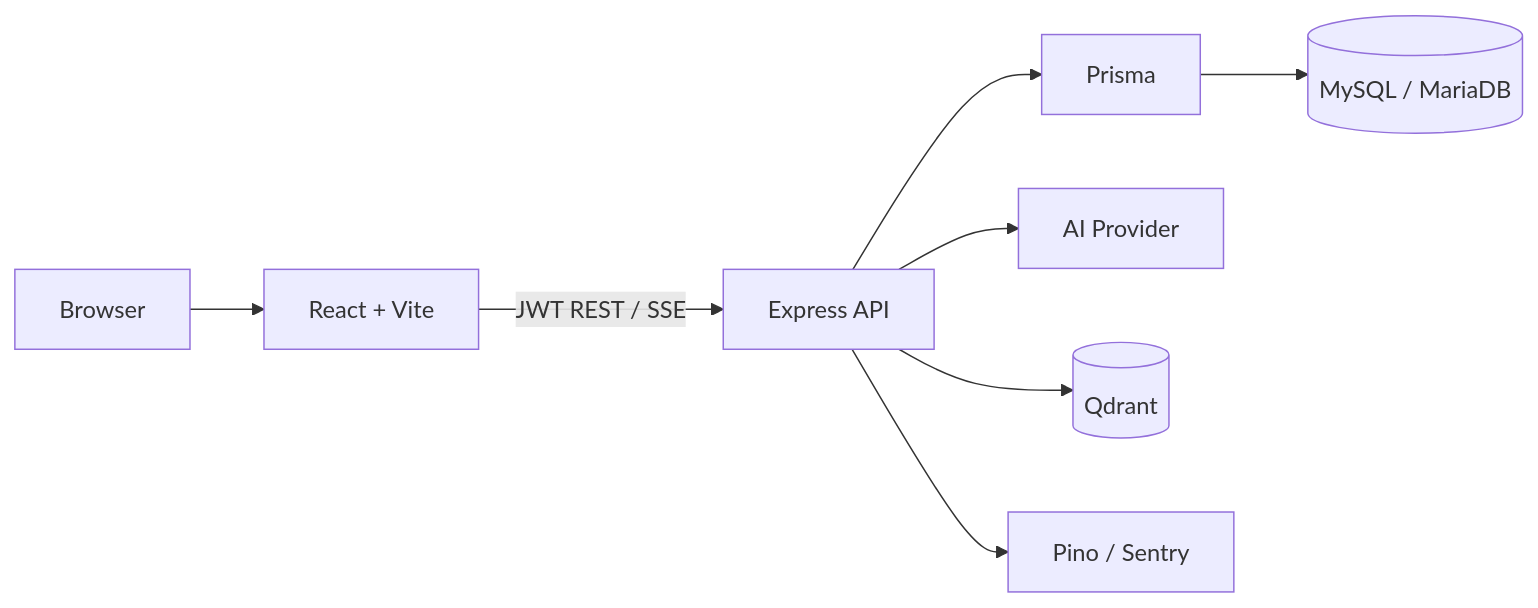
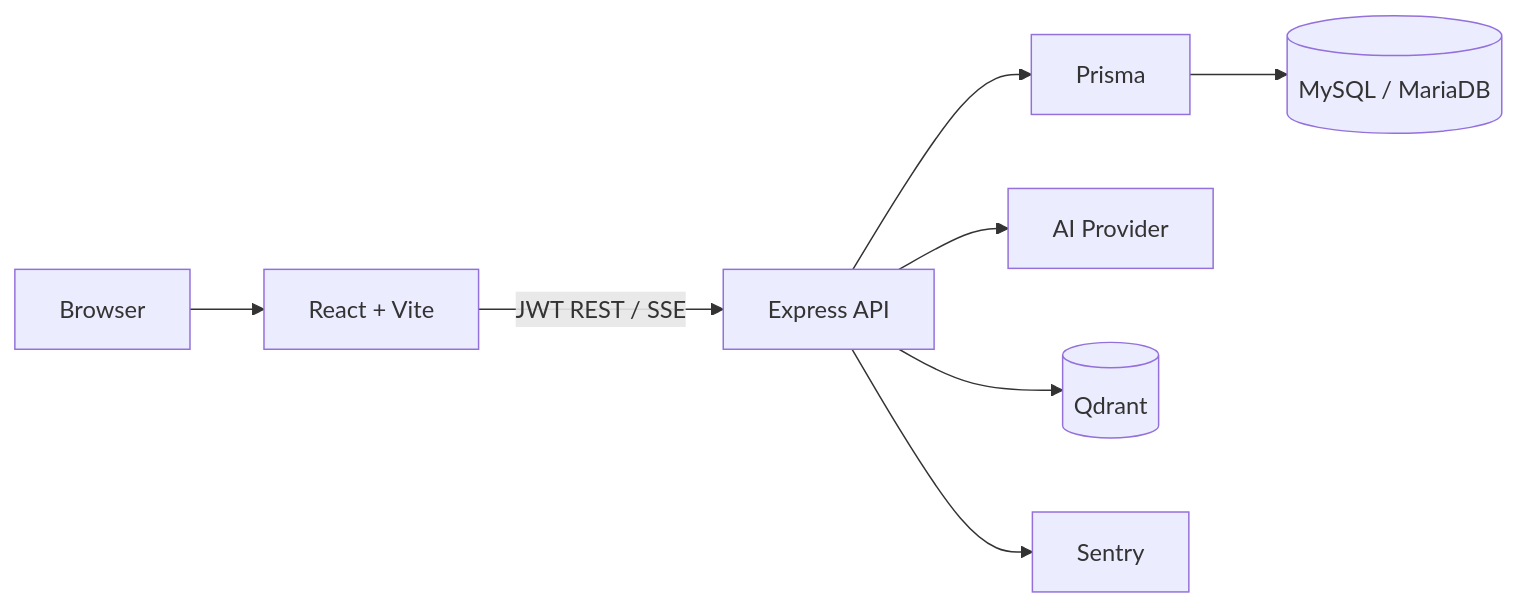
Before and after one commit to Do-GIq/mindcraft-ai: the diagram in README.md, drawn with Mermaid. The commit also changed other lines of this file, not shown here.

````diff
--- a/README.md
+++ b/README.md
@@ -39,10 +32,12 @@
 ```mermaid
 flowchart LR
     Browser[Browser] --> React[React + Vite]
     React -->|JWT REST / SSE| Express[Express API]
+
     Express --> Prisma[Prisma]
     Prisma --> MySQL[(MySQL / MariaDB)]
+
     Express --> AI[AI Provider]
     Express --> Qdrant[(Qdrant)]
-    Express --> Logs[Pino / Sentry]
+    Express --> Monitor[Sentry]
 ```
````
